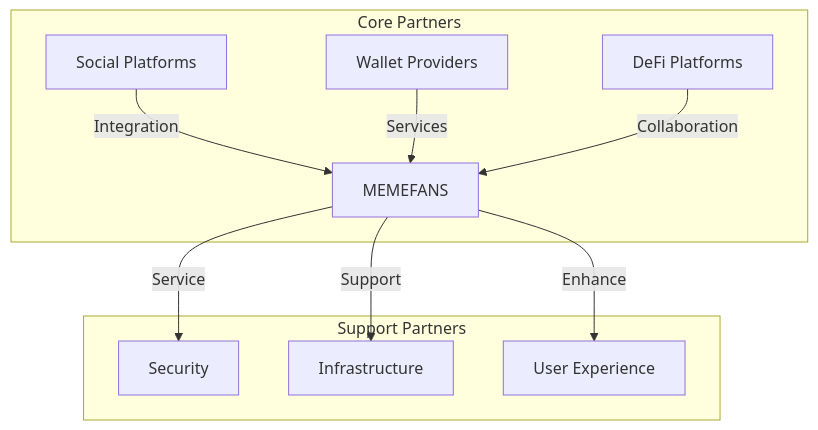
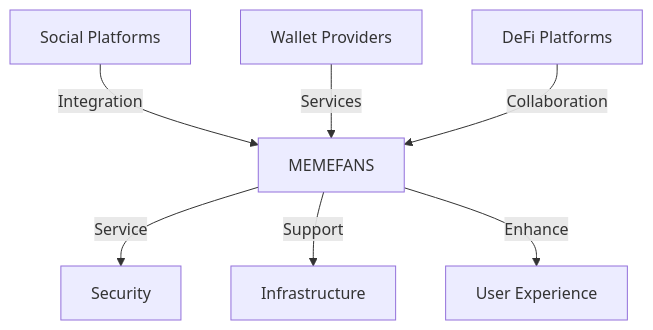
Before and after one commit to MEMEFANS/memefans: diagram 12 of 18 in docs/whitepaper/community-ecosystem.md, drawn with Mermaid. The commit also changed other lines of this file, not shown here.

Commit message:
fix: simplify mermaid diagrams by removing subgraphs

````diff
--- a/docs/whitepaper/community-ecosystem.md
+++ b/docs/whitepaper/community-ecosystem.md
@@ -237,14 +213,10 @@
 ```mermaid
 graph TD
-    subgraph Core Partners
-        SP[Social Platforms] -->|Integration| M[MEMEFANS]
-        WP[Wallet Providers] -->|Services| M
-        DP[DeFi Platforms] -->|Collaboration| M
-    end
+    SP[Social Platforms] -->|Integration| M[MEMEFANS]
+    WP[Wallet Providers] -->|Services| M
+    DP[DeFi Platforms] -->|Collaboration| M
     
-    subgraph Support Partners
-        M -->|Service| S[Security]
-        M -->|Support| I[Infrastructure]
-        M -->|Enhance| UX[User Experience]
-    end
+    M -->|Service| S[Security]
+    M -->|Support| I[Infrastructure]
+    M -->|Enhance| UX[User Experience]
 ```
````
